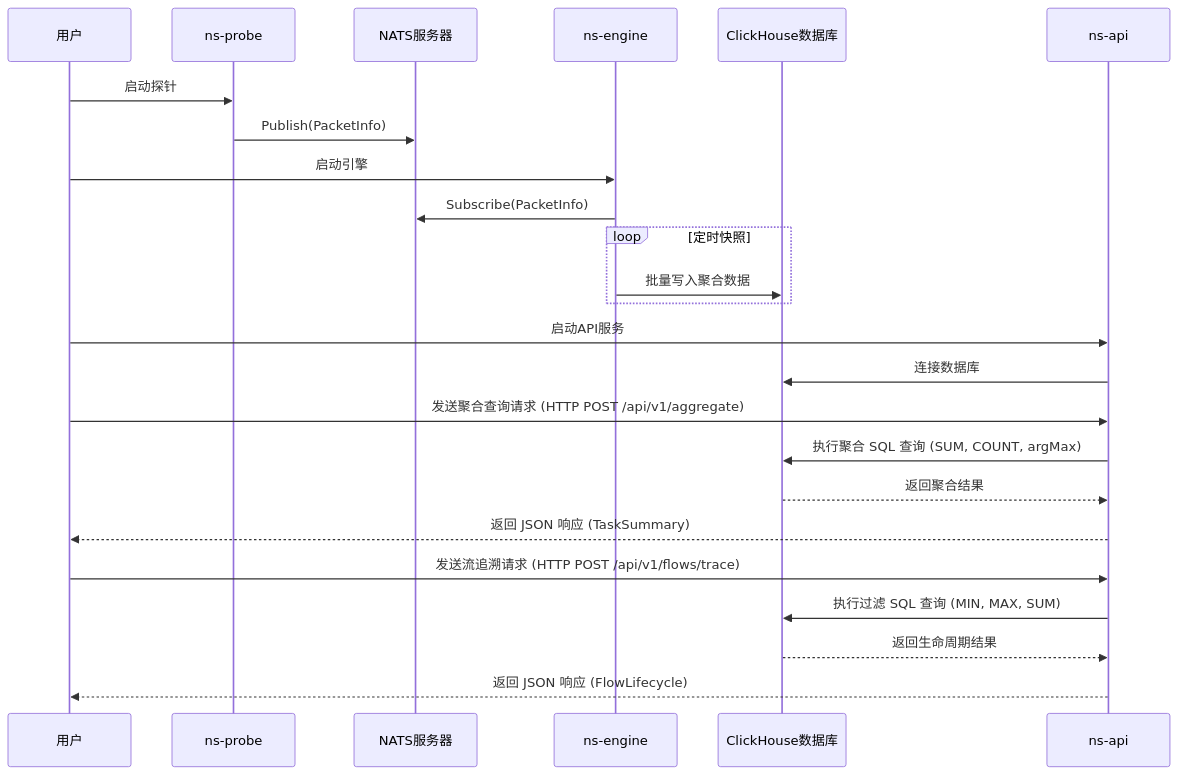
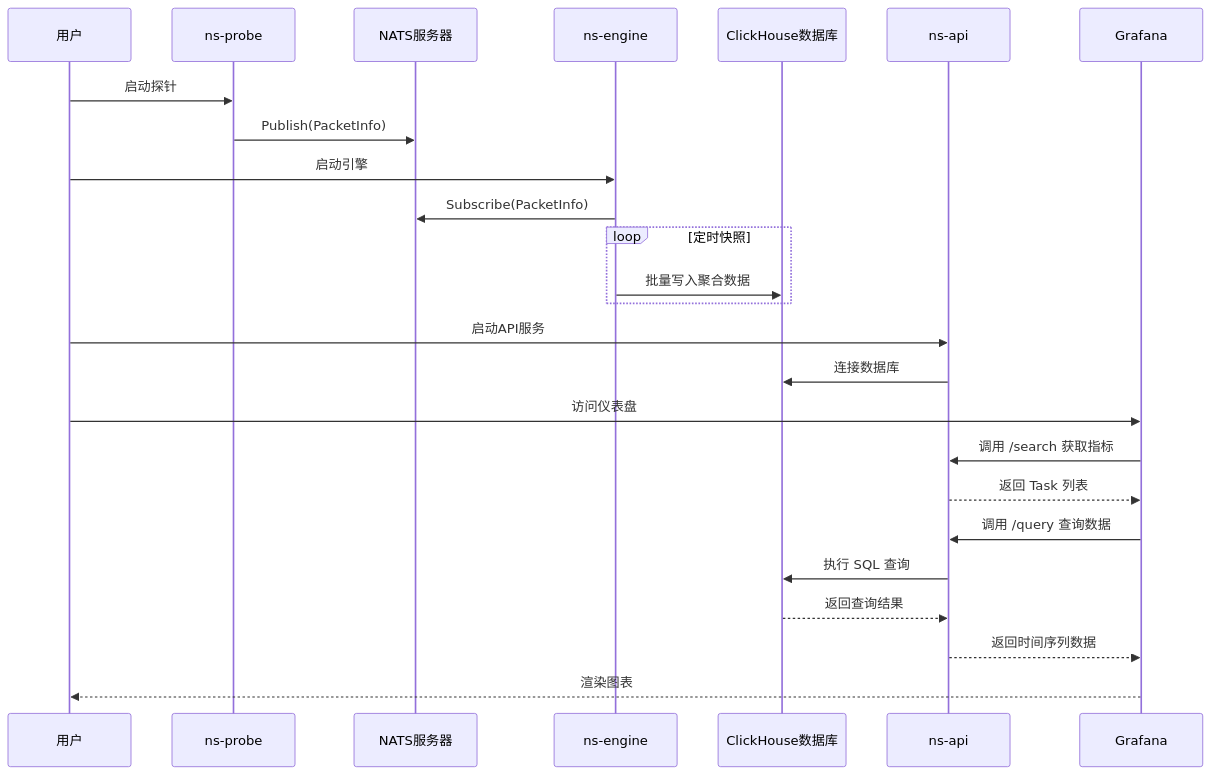
Before and after one commit to Decade-qiu/Go2NetSpectra: the third of 3 diagrams in doc/technology.md, drawn with Mermaid. The commit also changed other lines of this file and 2 other files, not shown here.

Commit message:
:memo: docs: update documentation for Grafana integration

````diff
--- a/doc/technology.md
+++ b/doc/technology.md
@@ -223,31 +223,31 @@
 ```mermaid
 sequenceDiagram
     participant User as 用户
     participant Probe as ns-probe
     participant NATS as NATS服务器
     participant Engine as ns-engine
     participant ClickHouse as ClickHouse数据库
     participant API as ns-api
+    participant Grafana as Grafana
 
     User->>Probe: 启动探针
     Probe->>NATS: Publish(PacketInfo)
 
     User->>Engine: 启动引擎
     Engine->>NATS: Subscribe(PacketInfo)
     loop 定时快照
         Engine->>ClickHouse: 批量写入聚合数据
     end
 
     User->>API: 启动API服务
     API->>ClickHouse: 连接数据库
 
-    User->>API: 发送聚合查询请求 (HTTP POST /api/v1/aggregate)
-    API->>ClickHouse: 执行聚合 SQL 查询 (SUM, COUNT, argMax)
-    ClickHouse-->>API: 返回聚合结果
-    API-->>User: 返回 JSON 响应 (TaskSummary)
-
-    User->>API: 发送流追溯请求 (HTTP POST /api/v1/flows/trace)
-    API->>ClickHouse: 执行过滤 SQL 查询 (MIN, MAX, SUM)
-    ClickHouse-->>API: 返回生命周期结果
-    API-->>User: 返回 JSON 响应 (FlowLifecycle)
+    User->>Grafana: 访问仪表盘
+    Grafana->>API: 调用 /search 获取指标
+    API-->>Grafana: 返回 Task 列表
+    Grafana->>API: 调用 /query 查询数据
+    API->>ClickHouse: 执行 SQL 查询
+    ClickHouse-->>API: 返回查询结果
+    API-->>Grafana: 返回时间序列数据
+    Grafana-->>User: 渲染图表
 ```
````
